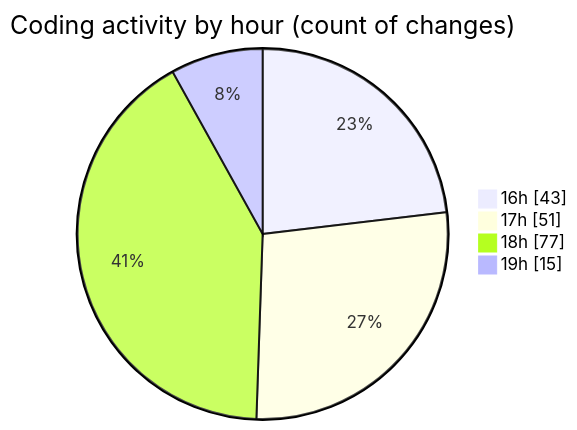
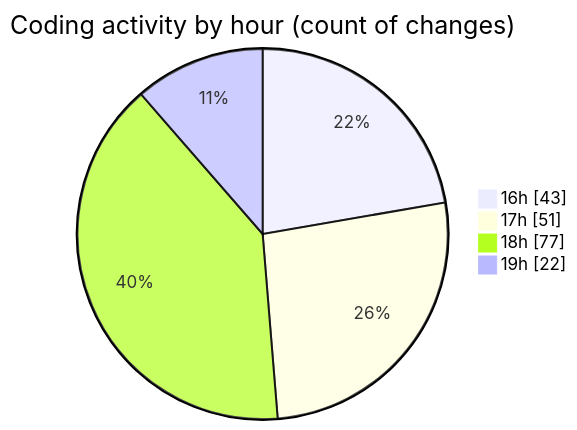
The second of 2 diagrams in 2026-11-13/broadcaster-v6-feature/README.md (momahboobian/code-tracking), drawn with Mermaid before and after one commit. The commit also changed other lines of this file and 1 other file, not shown here.

````diff
--- a/2026-11-13/broadcaster-v6-feature/README.md
+++ b/2026-11-13/broadcaster-v6-feature/README.md
@@ -89,8 +91,8 @@
 ```mermaid
 pie showData
 title Coding activity by hour (count of changes)
 "16h" : 43
 "17h" : 51
 "18h" : 77
-"19h" : 15
+"19h" : 22
 ```
````
